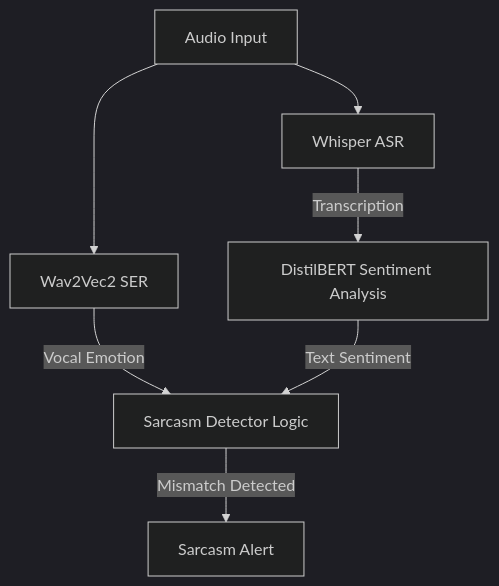
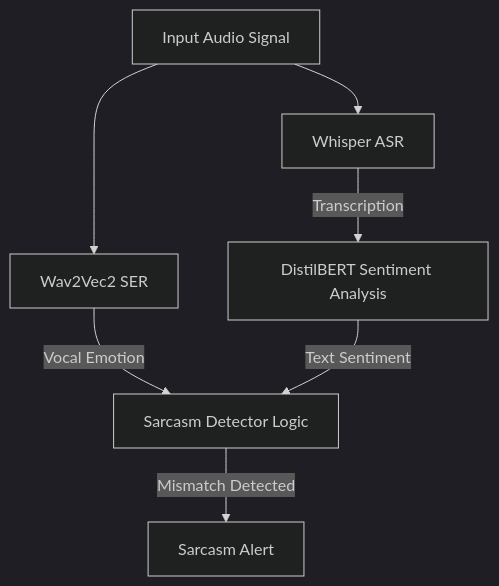
The diagram in docs/experiment-6-emotions.md (Gustor1/projet-ml-s3), drawn with Mermaid (dark theme) before and after one commit. The commit also changed other lines of this file and 13 other files, not shown here.

````diff
--- a/docs/experiment-6-emotions.md
+++ b/docs/experiment-6-emotions.md
@@ -98,9 +91,9 @@
 ```mermaid
 graph TD
-    A[Audio Input] --> B[Whisper ASR]
+    A[Input Audio Signal] --> B[Whisper ASR]
     A --> C[Wav2Vec2 SER]
     B -->|Transcription| D[DistilBERT Sentiment Analysis]
     C -->|Vocal Emotion| E[Sarcasm Detector Logic]
     D -->|Text Sentiment| E
     E -->|Mismatch Detected| F[Sarcasm Alert]
 ```
````
